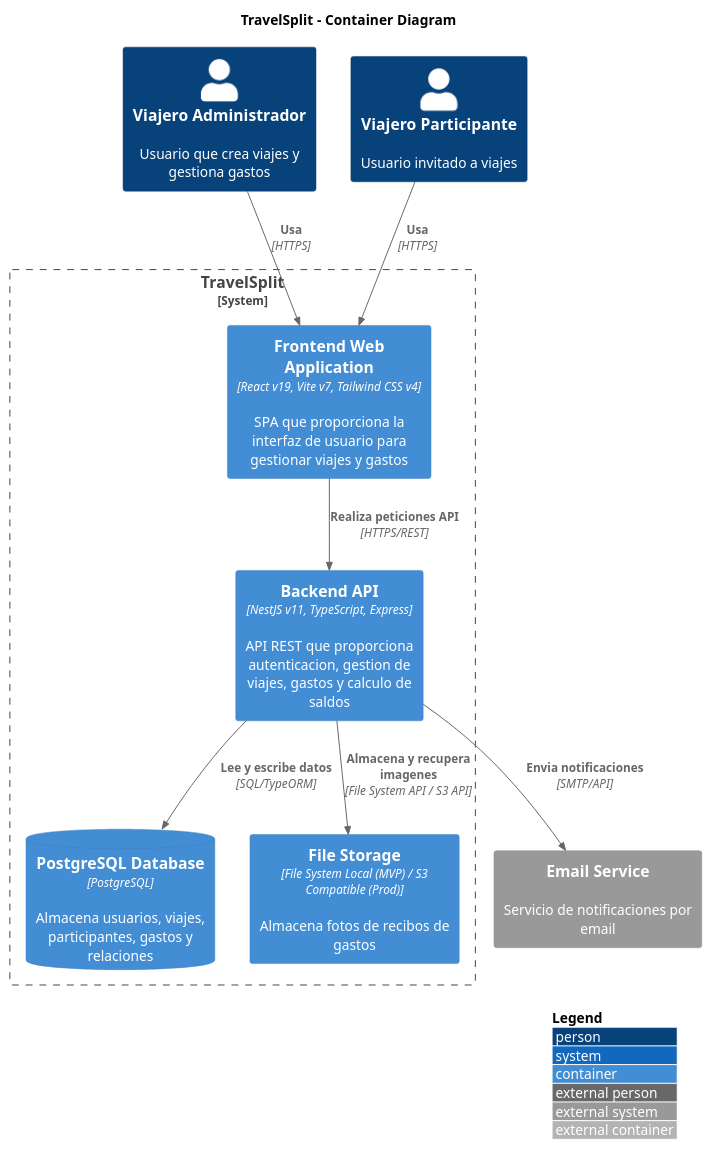
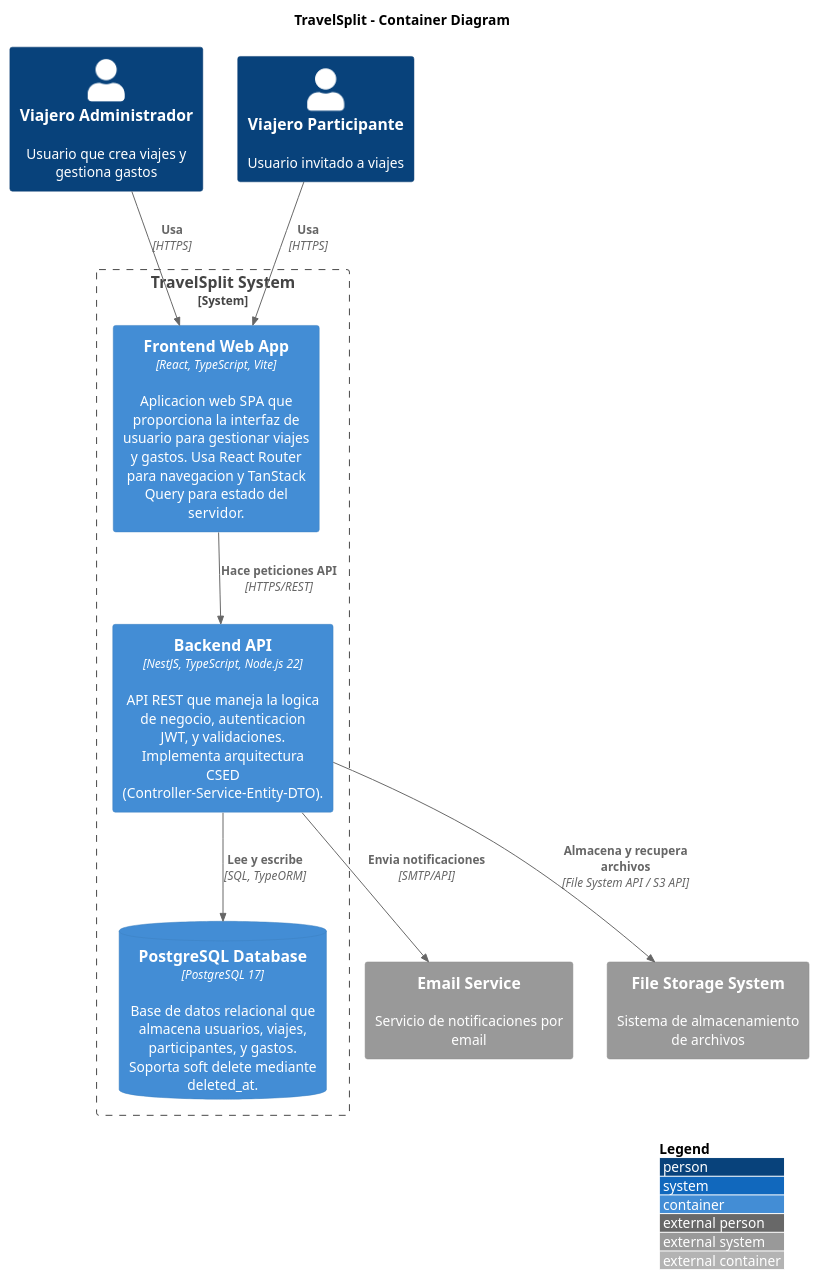
The diagram in docs/diagrams/c4/02-containers.puml (DVVID-G/TravelSplit), drawn with PlantUML before and after one commit. The commit also changed 16 other files, not shown here.

First line of the commit message:
docs(diagrams): update C4 diagrams and reorganize structure

```diff
--- a/docs/diagrams/c4/02-containers.puml
+++ b/docs/diagrams/c4/02-containers.puml
@@ -1,44 +1,48 @@
 @startuml 02-containers
 !include https://raw.githubusercontent.com/plantuml-stdlib/C4-PlantUML/master/C4_Container.puml
 
 LAYOUT_WITH_LEGEND()
 
-' Generated by C4 Diagram Generator on 2026-01-15
+' Generated by C4 Diagram Generator
 ' Agent: C4 Diagram Generator
 ' System: TravelSplit v1.0.0
+' Date: 2026-01-15
 
 title TravelSplit - Container Diagram
 
-' Users (from discovery.diagram_strategy.context.users)
+' Users
 Person(creator, "Viajero Administrador", "Usuario que crea viajes y gestiona gastos")
 Person(participant, "Viajero Participante", "Usuario invitado a viajes")
 
 ' System Boundary
-System_Boundary(travelsplit, "TravelSplit") {
-    ' Frontend Container (from discovery.stack.frontend)
-    Container(frontend, "Frontend Web Application", "React v19, Vite v7, Tailwind CSS v4", "SPA que proporciona la interfaz de usuario para gestionar viajes y gastos")
+System_Boundary(travelsplit_system, "TravelSplit System") {
     
-    ' Backend Container (from discovery.stack.backend)
-    Container(backend, "Backend API", "NestJS v11, TypeScript, Express", "API REST que proporciona autenticacion, gestion de viajes, gastos y calculo de saldos")
+    ' Frontend Container
+    Container(frontend, "Frontend Web App", "React, TypeScript, Vite", "Aplicacion web SPA que proporciona la interfaz de usuario para gestionar viajes y gastos. Usa React Router para navegacion y TanStack Query para estado del servidor.")
     
-    ' Database Container (from discovery.stack.backend.database)
-    ContainerDb(database, "PostgreSQL Database", "PostgreSQL", "Almacena usuarios, viajes, participantes, gastos y relaciones")
+    ' Backend Container
+    Container(backend_api, "Backend API", "NestJS, TypeScript, Node.js 22", "API REST que maneja la logica de negocio, autenticacion JWT, y validaciones. Implementa arquitectura CSED (Controller-Service-Entity-DTO).")
     
-    ' File Storage Container
-    Container(filestorage, "File Storage", "File System Local (MVP) / S3 Compatible (Prod)", "Almacena fotos de recibos de gastos")
+    ' Database Container
+    ContainerDb(database, "PostgreSQL Database", "PostgreSQL 17", "Base de datos relacional que almacena usuarios, viajes, participantes, y gastos. Soporta soft delete mediante deleted_at.")
 }
 
-' External Systems (from discovery.infrastructure.external_services)
+' External Systems
 System_Ext(email_service, "Email Service", "Servicio de notificaciones por email")
+System_Ext(file_storage, "File Storage System", "Sistema de almacenamiento de archivos")
 
-' User -> Container Relationships
+' Relationships - Users to Frontend
 Rel(creator, frontend, "Usa", "HTTPS")
 Rel(participant, frontend, "Usa", "HTTPS")
 
-' Container -> Container Relationships
-Rel(frontend, backend, "Realiza peticiones API", "HTTPS/REST")
-Rel(backend, database, "Lee y escribe datos", "SQL/TypeORM")
-Rel(backend, filestorage, "Almacena y recupera imagenes", "File System API / S3 API")
-Rel(backend, email_service, "Envia notificaciones", "SMTP/API")
+' Relationships - Frontend to Backend
+Rel(frontend, backend_api, "Hace peticiones API", "HTTPS/REST")
+
+' Relationships - Backend to Database
+Rel(backend_api, database, "Lee y escribe", "SQL, TypeORM")
+
+' Relationships - Backend to External Systems
+Rel(backend_api, email_service, "Envia notificaciones", "SMTP/API")
+Rel(backend_api, file_storage, "Almacena y recupera archivos", "File System API / S3 API")
 
 @enduml
```
